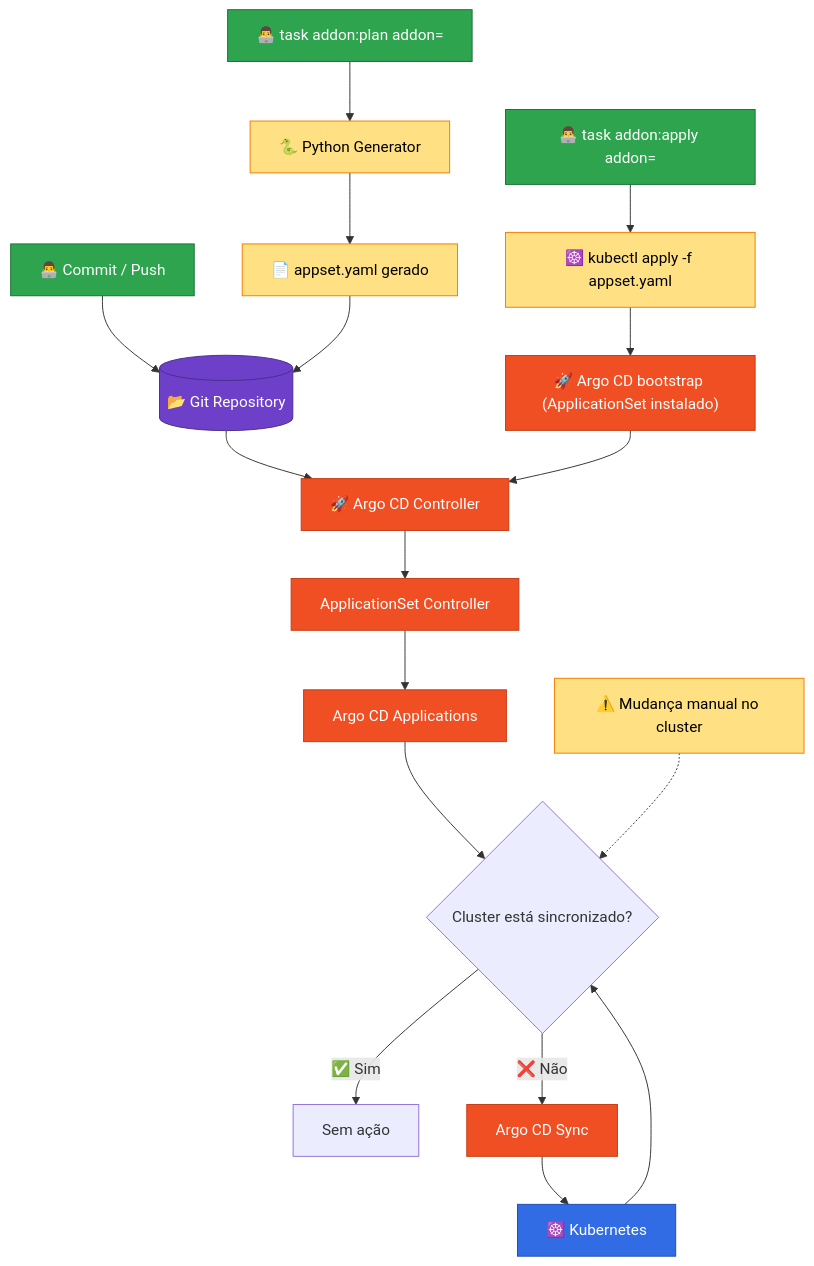
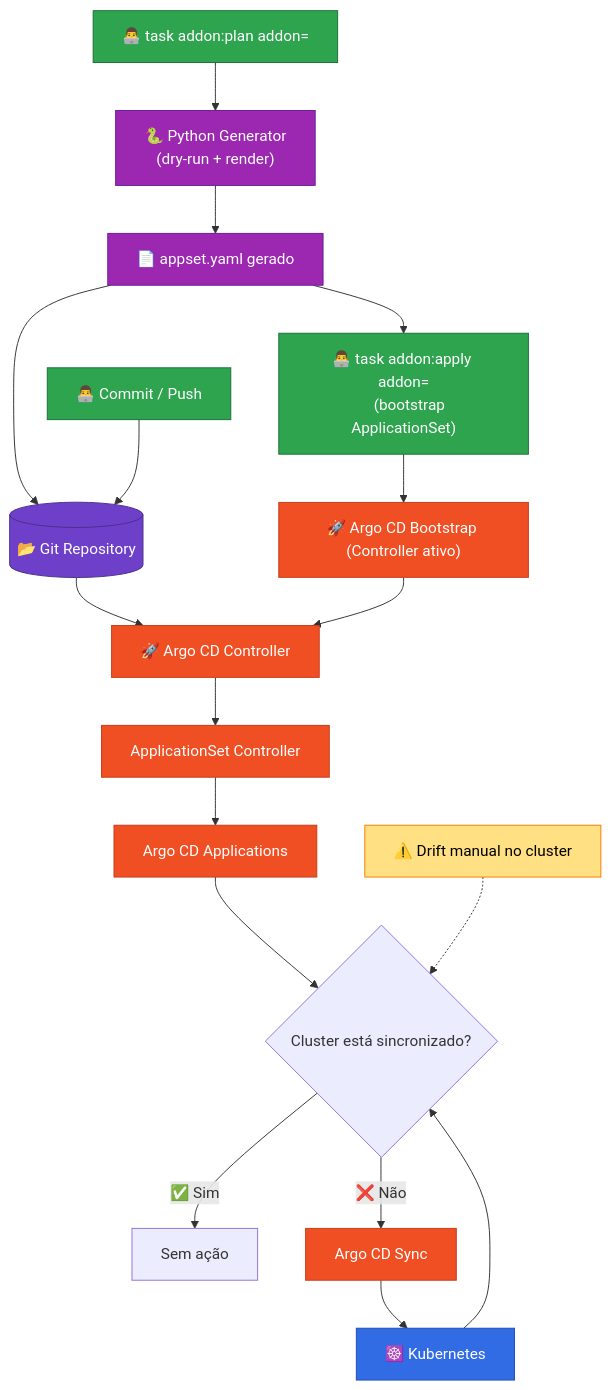
The first of 2 diagrams in kubernetes/addons/README.md (estudosdevops/homelab), drawn with Mermaid before and after one commit.

````diff
--- a/kubernetes/addons/README.md
+++ b/kubernetes/addons/README.md
@@ -48,43 +48,47 @@
 ```mermaid
 flowchart TD
 
-    DevPlan["👨‍💻 task addon:plan addon=<addon>"] --> Py["🐍 Python Generator"]
+    DevPlan["👨‍💻 task addon:plan addon=<addon>"] --> Py["🐍 Python Generator
+    (dry-run + render)"]
     Py --> AppSet["📄 appset.yaml gerado"]
 
-    DevApply["👨‍💻 task addon:apply addon=<addon>"] --> Kubectl["☸️ kubectl apply -f appset.yaml"]
-    Kubectl --> ArgoBootstrap["🚀 Argo CD bootstrap (ApplicationSet instalado)"]
+    AppSet --> Kubectl["👨‍💻 task addon:apply addon=<addon>
+    (bootstrap ApplicationSet)"]
+    Kubectl --> ArgoBootstrap["🚀 Argo CD Bootstrap (Controller ativo)"]
 
-    DevCommit["👨‍💻 Commit / Push"] --> Git[("📂 Git Repository")]
-    AppSet --> Git
+    %% Git fica abaixo do AppSet gerado (como você pediu)
+    AppSet --> Git[("📂 Git Repository")]
+    DevCommit["👨‍💻 Commit / Push"] --> Git
 
     Git --> Argo["🚀 Argo CD Controller"]
     ArgoBootstrap --> Argo
 
     Argo --> Controller["ApplicationSet Controller"]
     Controller --> Apps["Argo CD Applications"]
 
     Apps --> Diff{"Cluster está sincronizado?"}
 
     Diff -->|"✅ Sim"| Idle["Sem ação"]
     Diff -->|"❌ Não"| Sync["Argo CD Sync"]
 
     Sync --> K8S["☸️ Kubernetes"]
     K8S --> Diff
 
-    Drift["⚠️ Mudança manual no cluster"] -.-> Diff
+    Drift["⚠️ Drift manual no cluster"] -.-> Diff
 
 
-    classDef git fill:#6e40c9,stroke:#4a2d8c,color:#fff
-    classDef argo fill:#f04e23,stroke:#c63c16,color:#fff
-    classDef k8s fill:#326ce5,stroke:#1e4db3,color:#fff
-    classDef user fill:#2ea44f,stroke:#1a7036,color:#fff
-    classDef warn fill:#FFE082,stroke:#F57C00,color:#000
+    %% ===== STYLES (cores) =====
+    classDef git fill:#6e40c9,stroke:#4a2d8c,color:#fff;
+    classDef argo fill:#f04e23,stroke:#c63c16,color:#fff;
+    classDef k8s fill:#326ce5,stroke:#1e4db3,color:#fff;
+    classDef user fill:#2ea44f,stroke:#1a7036,color:#fff;
+    classDef gen fill:#9C27B0,stroke:#6A1B9A,color:#fff;
+    classDef warn fill:#FFE082,stroke:#F57C00,color:#000;
 
-    class Git git
-    class Argo,Controller,Apps,Sync,ArgoBootstrap argo
-    class K8S k8s
-    class DevPlan,DevApply,DevCommit user
-    class Py,Kubectl warn
-    class Drift warn
-    class AppSet warn
+    class DevPlan,DevCommit,Kubectl user;
+    class Py,AppSet gen;
+    class Git git;
+    class Argo,Controller,Apps,Sync,ArgoBootstrap argo;
+    class K8S k8s;
+    class Drift warn;
 ```
````
